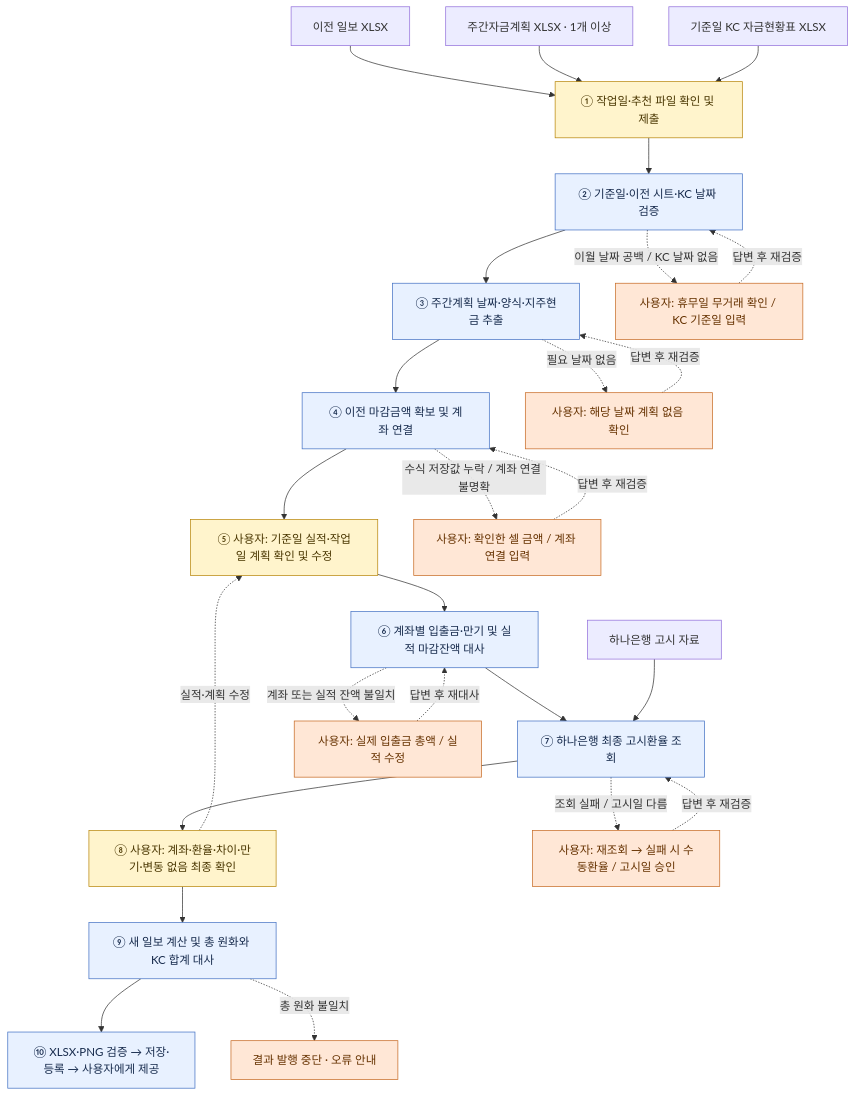
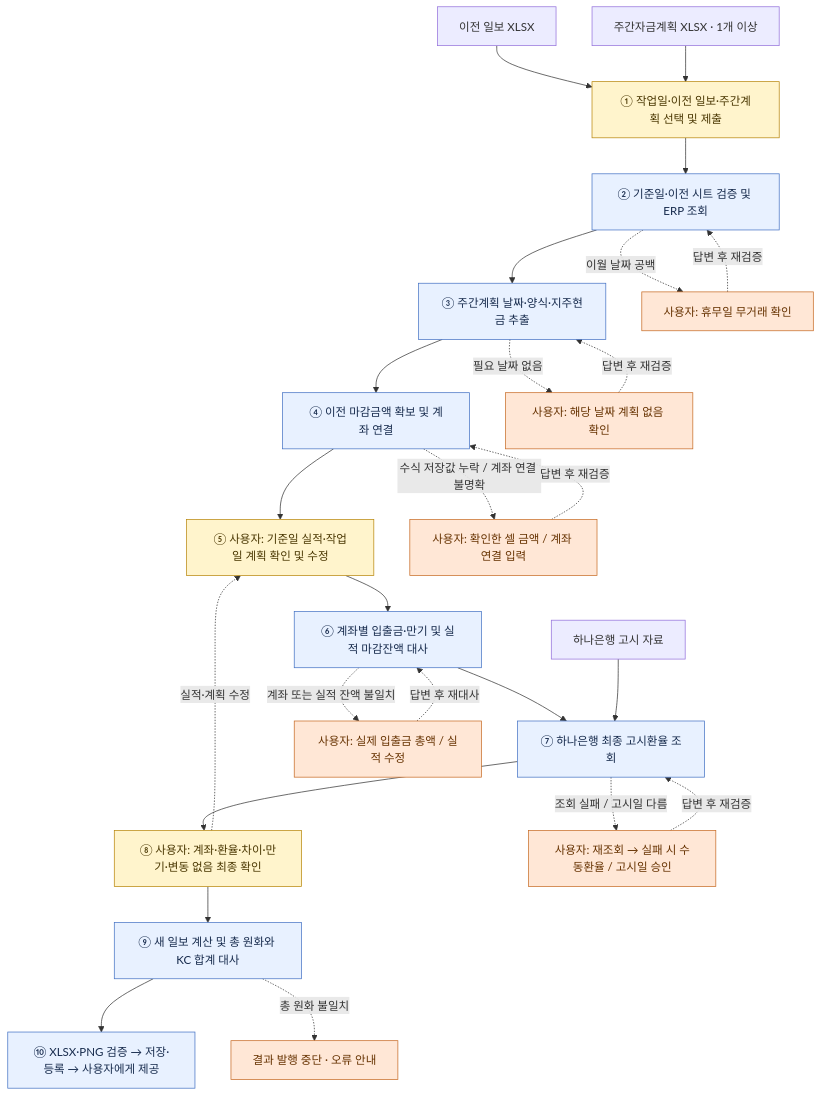
One commit to kc-ml2/KetchupE-Client changed the diagram in workflow_summary/daily_cash_workflow.md. Above: the diagram before and after it, drawn with Mermaid. The commit also changed other lines of this file and 16 other files, not shown here.

````diff
--- a/workflow_summary/daily_cash_workflow.md
+++ b/workflow_summary/daily_cash_workflow.md
@@ -23,36 +23,35 @@
 ```mermaid
 flowchart TD
     R["이전 일보 XLSX"] --> A
     W["주간자금계획 XLSX · 1개 이상"] --> A
-    K["기준일 KC 자금현황표 XLSX"] --> A
-    A["① 작업일·추천 파일 확인 및 제출"] --> B["② 기준일·이전 시트·KC 날짜 검증"]
+    A["① 작업일·이전 일보·주간계획 선택 및 제출"] --> B["② 기준일·이전 시트 검증 및 ERP 조회"]
     B --> C["③ 주간계획 날짜·양식·지주현금 추출"]
     C --> D["④ 이전 마감금액 확보 및 계좌 연결"]
     D --> E["⑤ 사용자: 기준일 실적·작업일 계획 확인 및 수정"]
     E --> F["⑥ 계좌별 입출금·만기 및 실적 마감잔액 대사"]
     F --> G["⑦ 하나은행 최종 고시환율 조회"]
     H["하나은행 고시 자료"] --> G
     G --> I["⑧ 사용자: 계좌·환율·차이·만기·변동 없음 최종 확인"]
     I --> J["⑨ 새 일보 계산 및 총 원화와 KC 합계 대사"]
     J --> L["⑩ XLSX·PNG 검증 → 저장·등록 → 사용자에게 제공"]
 
-    B -. "이월 날짜 공백 / KC 날짜 없음" .-> QB["사용자: 휴무일 무거래 확인 / KC 기준일 입력"]
+    B -. "이월 날짜 공백" .-> QB["사용자: 휴무일 무거래 확인"]
     QB -. "답변 후 재검증" .-> B
     C -. "필요 날짜 없음" .-> QC["사용자: 해당 날짜 계획 없음 확인"]
     QC -. "답변 후 재검증" .-> C
     D -. "수식 저장값 누락 / 계좌 연결 불명확" .-> QD["사용자: 확인한 셀 금액 / 계좌 연결 입력"]
     QD -. "답변 후 재검증" .-> D
     F -. "계좌 또는 실적 잔액 불일치" .-> QF["사용자: 실제 입출금 총액 / 실적 수정"]
     QF -. "답변 후 재대사" .-> F
     G -. "조회 실패 / 고시일 다름" .-> QG["사용자: 재조회 → 실패 시 수동환율 / 고시일 승인"]
     QG -. "답변 후 재검증" .-> G
     I -. "실적·계획 수정" .-> E
     J -. "총 원화 불일치" .-> X["결과 발행 중단 · 오류 안내"]
 
     classDef auto fill:#e8f1ff,stroke:#4472c4,color:#172b4d;
     classDef user fill:#fff4cc,stroke:#b8860b,color:#493600;
     classDef feedback fill:#ffe7d6,stroke:#c76b25,color:#663200;
     class B,C,D,F,G,J,L auto;
     class A,E,I user;
     class QB,QC,QD,QF,QG,X feedback;
 ```
````
